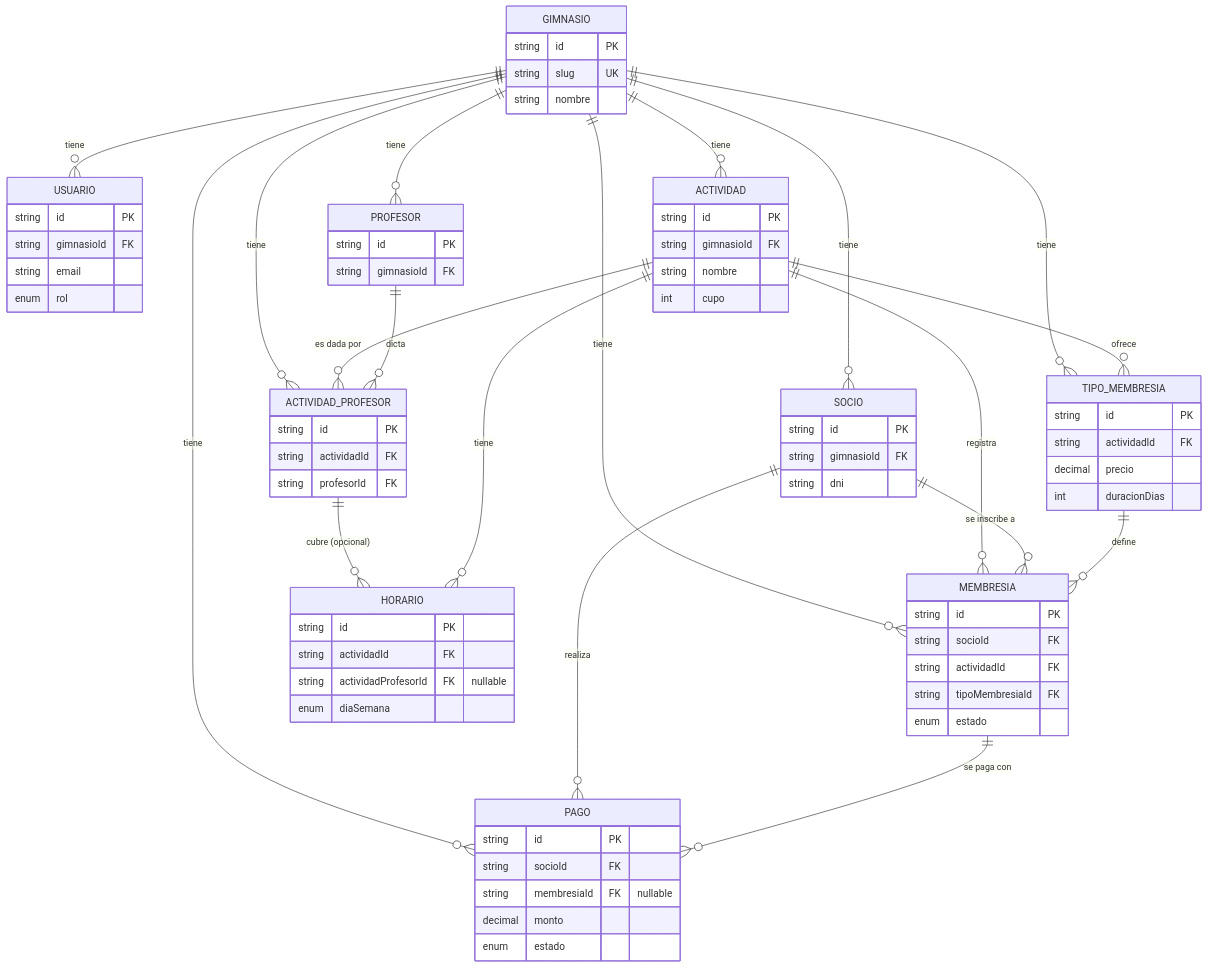
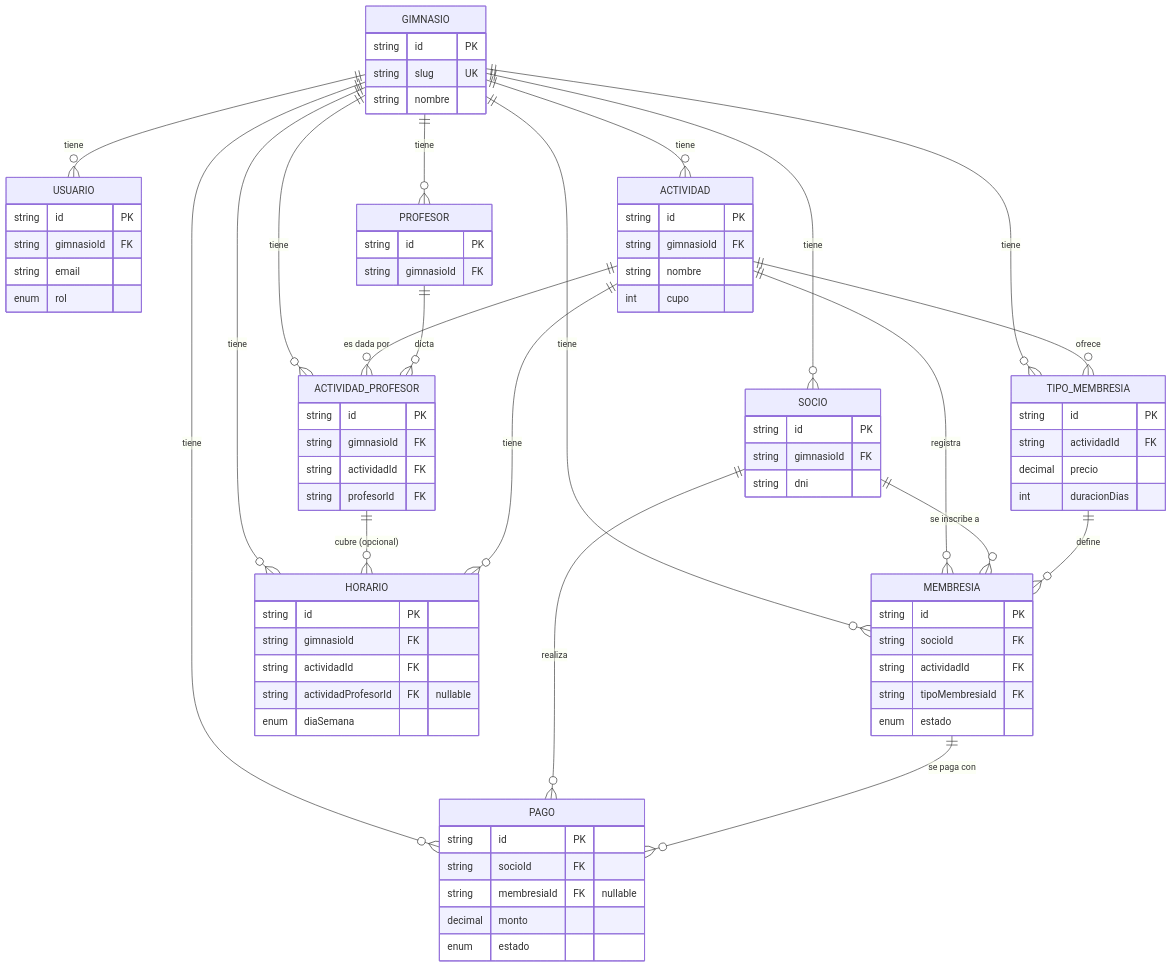
One commit to ClasiCKGit/MetSisII changed the diagram in docs/backend/database.md. Above: the diagram before and after it, drawn with Mermaid. The commit also changed other lines of this file and 4 other files, not shown here.

```diff
--- a/docs/backend/database.md
+++ b/docs/backend/database.md
@@ -12,6 +12,7 @@
     GIMNASIO ||--o{ MEMBRESIA : tiene
     GIMNASIO ||--o{ PAGO : tiene
     GIMNASIO ||--o{ ACTIVIDAD_PROFESOR : tiene
+    GIMNASIO ||--o{ HORARIO : tiene
 
     ACTIVIDAD ||--o{ ACTIVIDAD_PROFESOR : "es dada por"
     PROFESOR  ||--o{ ACTIVIDAD_PROFESOR : "dicta"
@@ -55,11 +56,13 @@
     }
     ACTIVIDAD_PROFESOR {
         string id PK
+        string gimnasioId FK
         string actividadId FK
         string profesorId FK
     }
     HORARIO {
         string id PK
+        string gimnasioId FK
         string actividadId FK
         string actividadProfesorId FK "nullable"
         enum diaSemana
```
